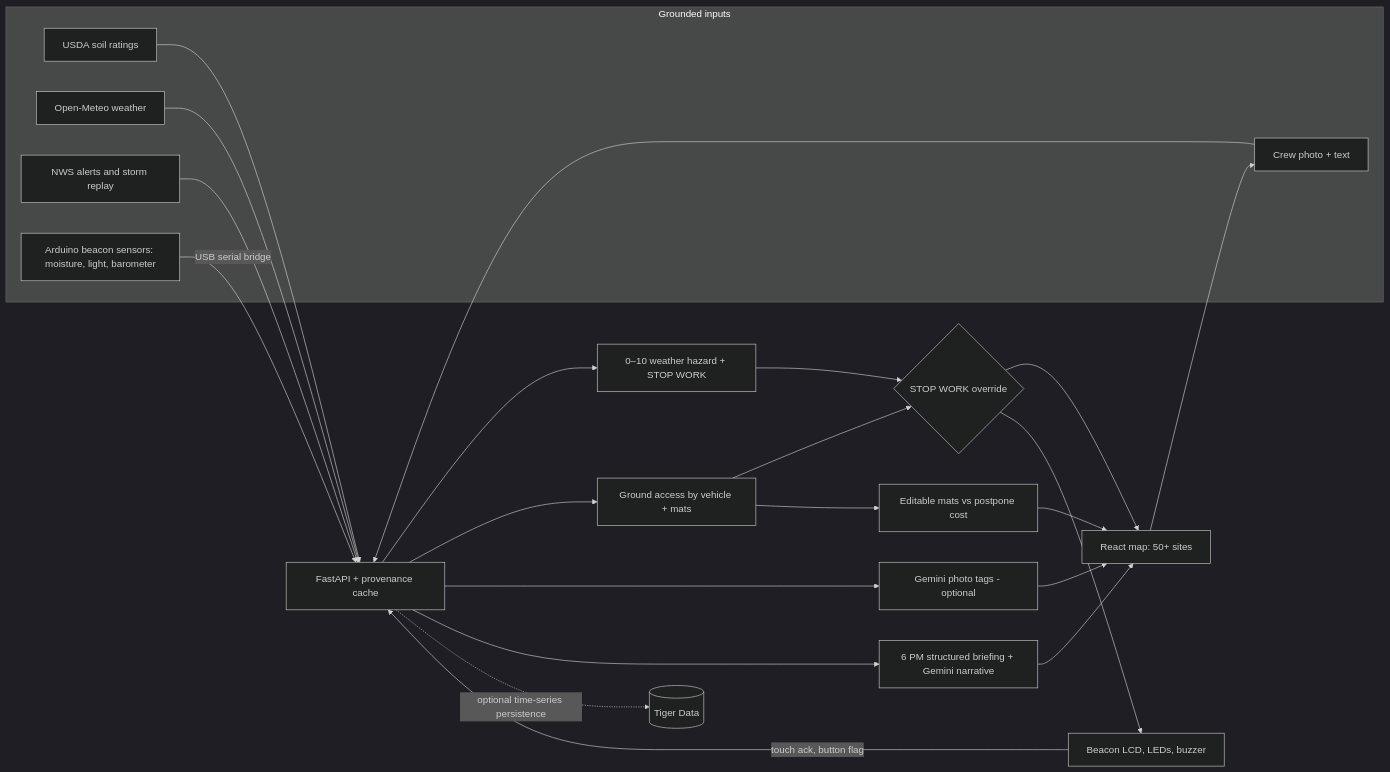
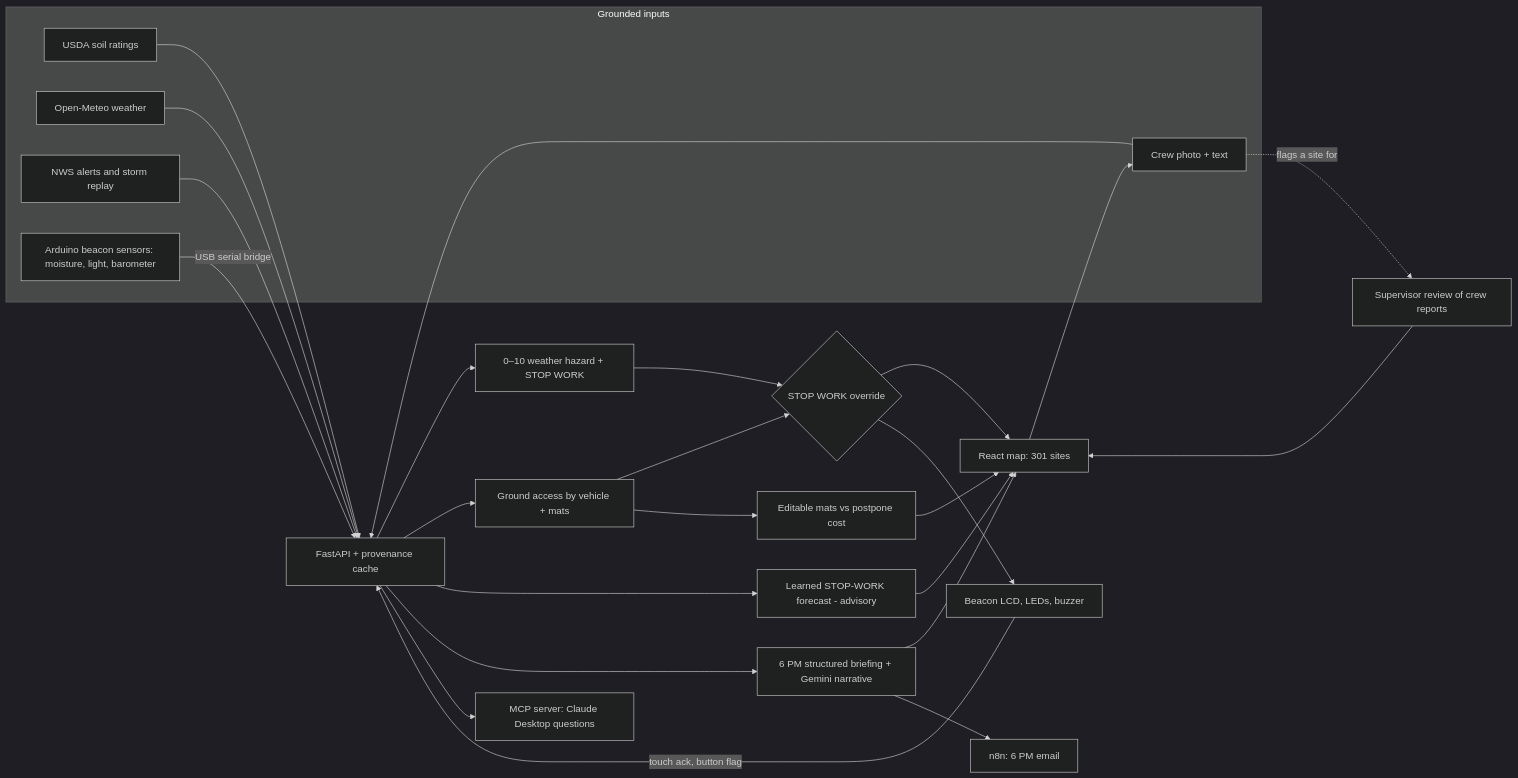
One commit to anson-antony1/Groundwork changed the diagram in README.md. Above: the diagram before and after it, drawn with Mermaid (dark theme). The commit also changed other lines of this file and 1 other file, not shown here.

Commit message:
Docs: match the shipped app in the system map and demo script
- System map (README §20): drop the Gemini photo-tag node (AI photo tagging was
  dropped) and the Tiger Data line (no adapter exists); add supervisor review of
  crew reports, the advisory learned forecast, n8n email and the MCP server; the
  map shows 301 sites.
- Demo script: the sample mat estimate is 13 to 14 per 100 ft (14 x 8 ft mats),
  which is what the app shows, not 42 to 48.

````diff
--- a/README.md
+++ b/README.md
@@ -1065,30 +1065,33 @@
 ```mermaid
 flowchart LR
   subgraph Sources[Grounded inputs]
     USDA[USDA soil ratings]
     WX[Open-Meteo weather]
     NWS[NWS alerts and storm replay]
     BEACON[Arduino beacon sensors: moisture, light, barometer]
     CREW[Crew photo + text]
   end
   USDA --> API[FastAPI + provenance cache]
   WX --> API
   NWS --> API
   BEACON -->|USB serial bridge| API
   CREW --> API
   API --> SAFETY[0–10 weather hazard + STOP WORK]
   API --> ACCESS[Ground access by vehicle + mats]
   SAFETY --> OVERRIDE{STOP WORK override}
   ACCESS --> OVERRIDE
-  OVERRIDE --> UI[React map: 50+ sites]
+  OVERRIDE --> UI[React map: 301 sites]
   OVERRIDE --> DISPLAY[Beacon LCD, LEDs, buzzer]
   DISPLAY -->|touch ack, button flag| API
   ACCESS --> COST[Editable mats vs postpone cost]
   COST --> UI
-  API --> PHOTO[Gemini photo tags - optional]
-  PHOTO --> UI
+  CREW -.flags a site for.-> REVIEW[Supervisor review of crew reports]
+  REVIEW --> UI
+  API --> ML[Learned STOP-WORK forecast - advisory]
+  ML --> UI
   API --> BRIEF[6 PM structured briefing + Gemini narrative]
   BRIEF --> UI
-  API -.optional time-series persistence.-> TIGER[(Tiger Data)]
+  BRIEF --> N8N[n8n: 6 PM email]
+  API --> MCP[MCP server: Claude Desktop questions]
   UI --> CREW
 ```
````
